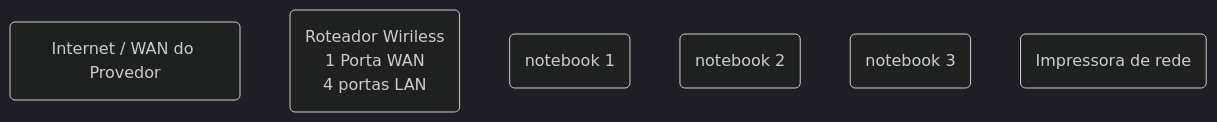
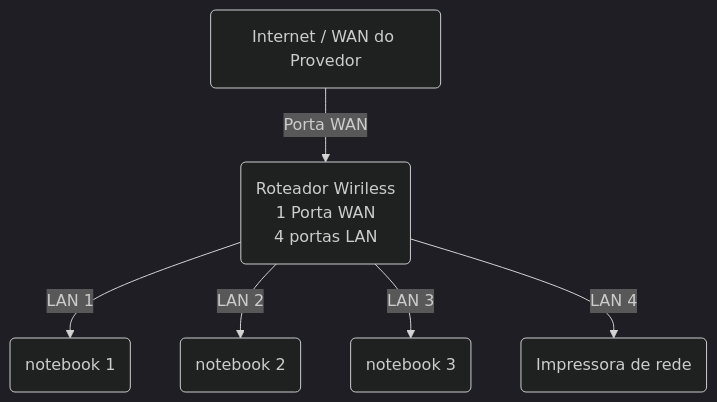
The diagram in README.md (zaharafsouza/lab-rede01), drawn with Mermaid (dark theme) before and after one commit.

````diff
--- a/README.md
+++ b/README.md
@@ -28,15 +28,18 @@
 ```mermaid
 graph TD
 
 WAN(Internet / WAN do Provedor)
-
+--> |Porta WAN| Router
 Router(Roteador Wiriless<br>1 Porta WAN<br> 4 portas LAN)
 
 PC1(notebook 1)
 PC2(notebook 2)
 PC3(notebook 3)
 
 Printer(Impressora de rede)
 
-
+Router --> |LAN 1| PC1
+Router --> |LAN 2| PC2
+Router --> |LAN 3| PC3
+Router --> |LAN 4| Printer
 ```
````
